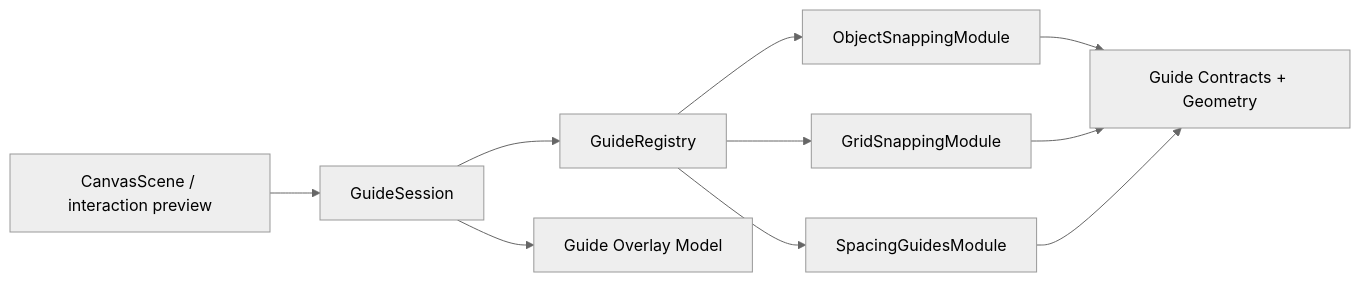
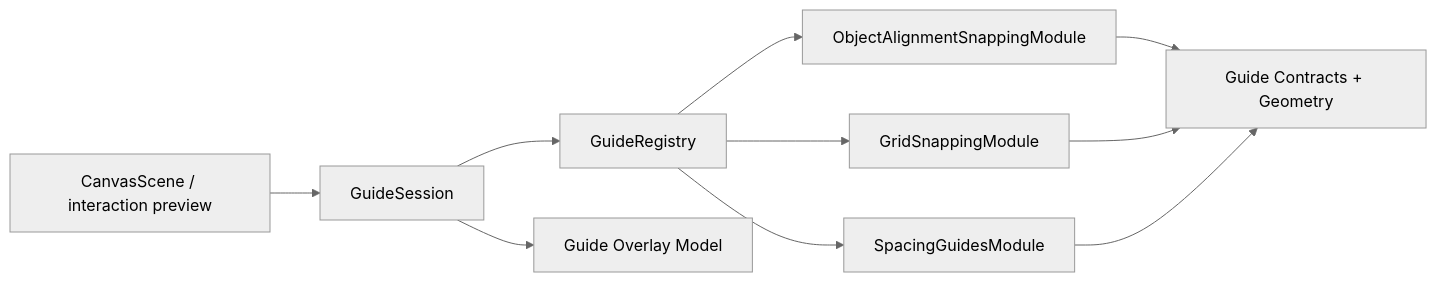
The diagram in docs/features/smart-guides-and-snapping/README.md (ev3rlit/boardmark), drawn with Mermaid (neutral theme) before and after one commit. The commit also changed other lines of this file, not shown here.

Commit message:
docs: refine smart guides and snapping spec

````diff
--- a/docs/features/smart-guides-and-snapping/README.md
+++ b/docs/features/smart-guides-and-snapping/README.md
@@ -499,12 +473,12 @@
 ```mermaid
 flowchart LR
   Scene["CanvasScene / interaction preview"] --> Session["GuideSession"]
   Session --> Registry["GuideRegistry"]
-  Registry --> Obj["ObjectSnappingModule"]
+  Registry --> Obj["ObjectAlignmentSnappingModule"]
   Registry --> Grid["GridSnappingModule"]
   Registry --> Space["SpacingGuidesModule"]
   Obj --> Contracts["Guide Contracts + Geometry"]
   Grid --> Contracts
   Space --> Contracts
   Session --> Overlay["Guide Overlay Model"]
 ```
````
